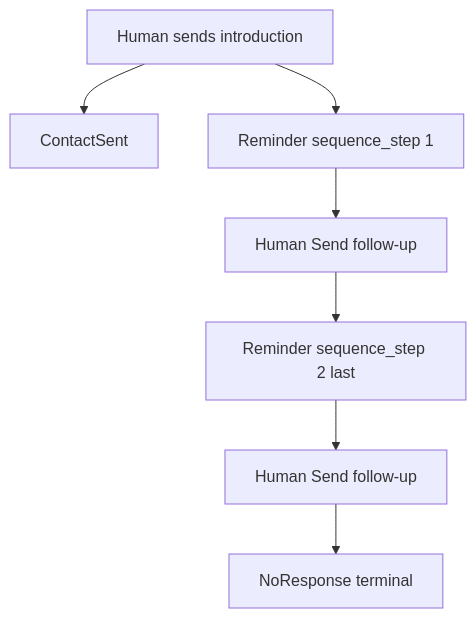
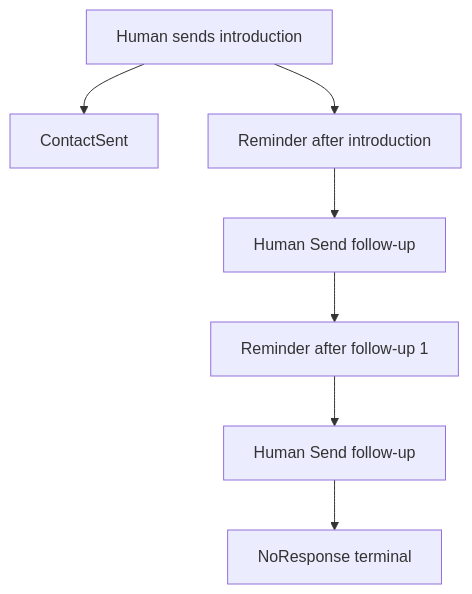
One commit to rogerio-pereira/CRM_AI changed the diagram in docs/ADRs/ADR-021-follow-up-email-sequence.md. Above: the diagram before and after it, drawn with Mermaid. The commit also changed other lines of this file and 2 other files, not shown here.

First line of the commit message:
docs(adr): drop sequence numbers from follow-up reminders

````diff
--- a/docs/ADRs/ADR-021-follow-up-email-sequence.md
+++ b/docs/ADRs/ADR-021-follow-up-email-sequence.md
@@ -96,17 +90,17 @@
 ```mermaid
 flowchart TD
   contactSent[ContactSent]
   sendIntro[Human sends introduction]
-  fu1[Reminder sequence_step 1]
+  fu1[Reminder after introduction]
   sendFu1[Human Send follow-up]
-  fu2[Reminder sequence_step 2 last]
+  fu2[Reminder after follow-up 1]
   sendFu2[Human Send follow-up]
   noResponse[NoResponse terminal]
 
   sendIntro --> contactSent
   sendIntro --> fu1
   fu1 --> sendFu1
   sendFu1 --> fu2
   fu2 --> sendFu2
   sendFu2 --> noResponse
 ```
````
